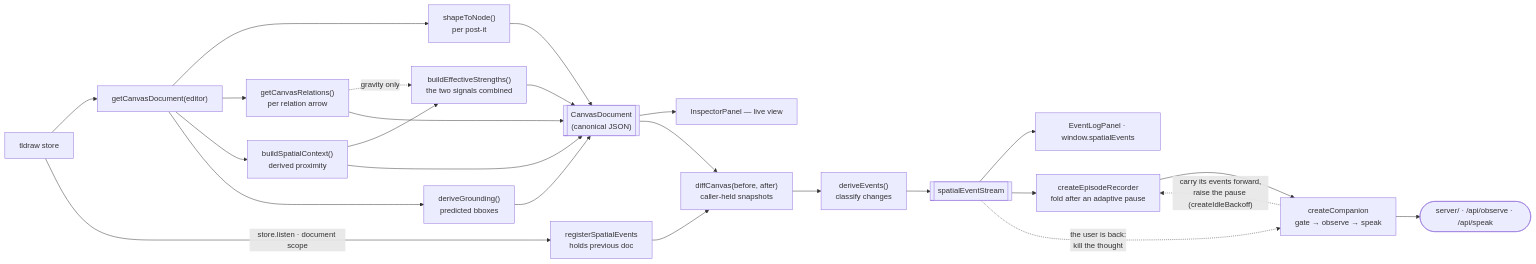
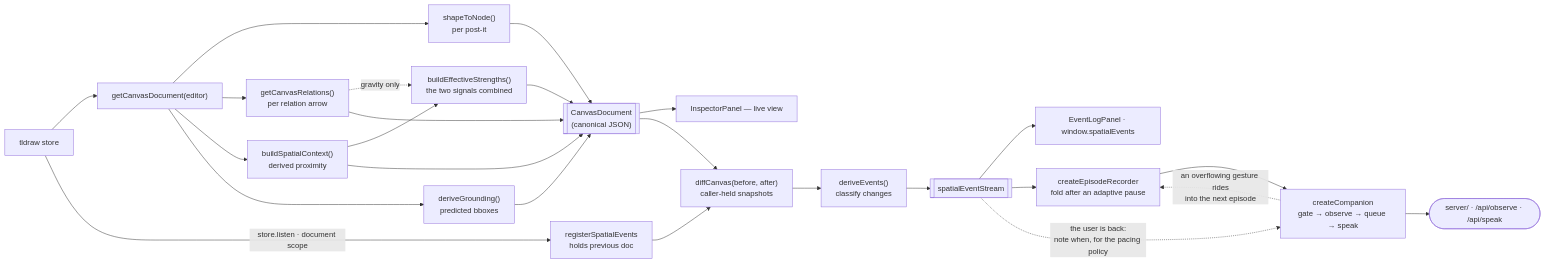
The second of 3 diagrams in CODEMAP.md (merdemkoc/llm-spatial-context), drawn with Mermaid before and after one commit. The commit also changed other lines of this file and 29 other files, not shown here.

````diff
--- a/CODEMAP.md
+++ b/CODEMAP.md
@@ -83,27 +83,27 @@
 ```mermaid
 flowchart LR
     store[tldraw store] --> gcd["getCanvasDocument(editor)"]
     gcd --> stn["shapeToNode()<br/>per post-it"]
     gcd --> gcr["getCanvasRelations()<br/>per relation arrow"]
     gcd --> bsc["buildSpatialContext()<br/>derived proximity"]
     gcd --> dg["deriveGrounding()<br/>predicted bboxes"]
     bsc --> bes["buildEffectiveStrengths()<br/>the two signals combined"]
     gcr -.->|"gravity only"| bes
     stn --> doc[["CanvasDocument<br/>(canonical JSON)"]]
     gcr --> doc
     bsc --> doc
     bes --> doc
     dg --> doc
     doc --> insp[InspectorPanel — live view]
     doc --> diff["diffCanvas(before, after)<br/>caller-held snapshots"]
     store -->|"store.listen · document scope"| rse["registerSpatialEvents<br/>holds previous doc"]
     rse --> diff
     diff --> de["deriveEvents()<br/>classify changes"]
     de --> es[["spatialEventStream"]]
     es --> elp["EventLogPanel · window.spatialEvents"]
     es --> rec["createEpisodeRecorder<br/>fold after an adaptive pause"]
-    rec --> comp["createCompanion<br/>gate → observe → speak"]
+    rec --> comp["createCompanion<br/>gate → observe → queue → speak"]
     comp --> api(["server/ · /api/observe · /api/speak"])
-    es -.->|"the user is back:<br/>kill the thought"| comp
-    comp -.->|"carry its events forward,<br/>raise the pause (createIdleBackoff)"| rec
+    es -.->|"the user is back:<br/>note when, for the pacing policy"| comp
+    comp -.->|"an overflowing gesture rides<br/>into the next episode"| rec
 ```
````
